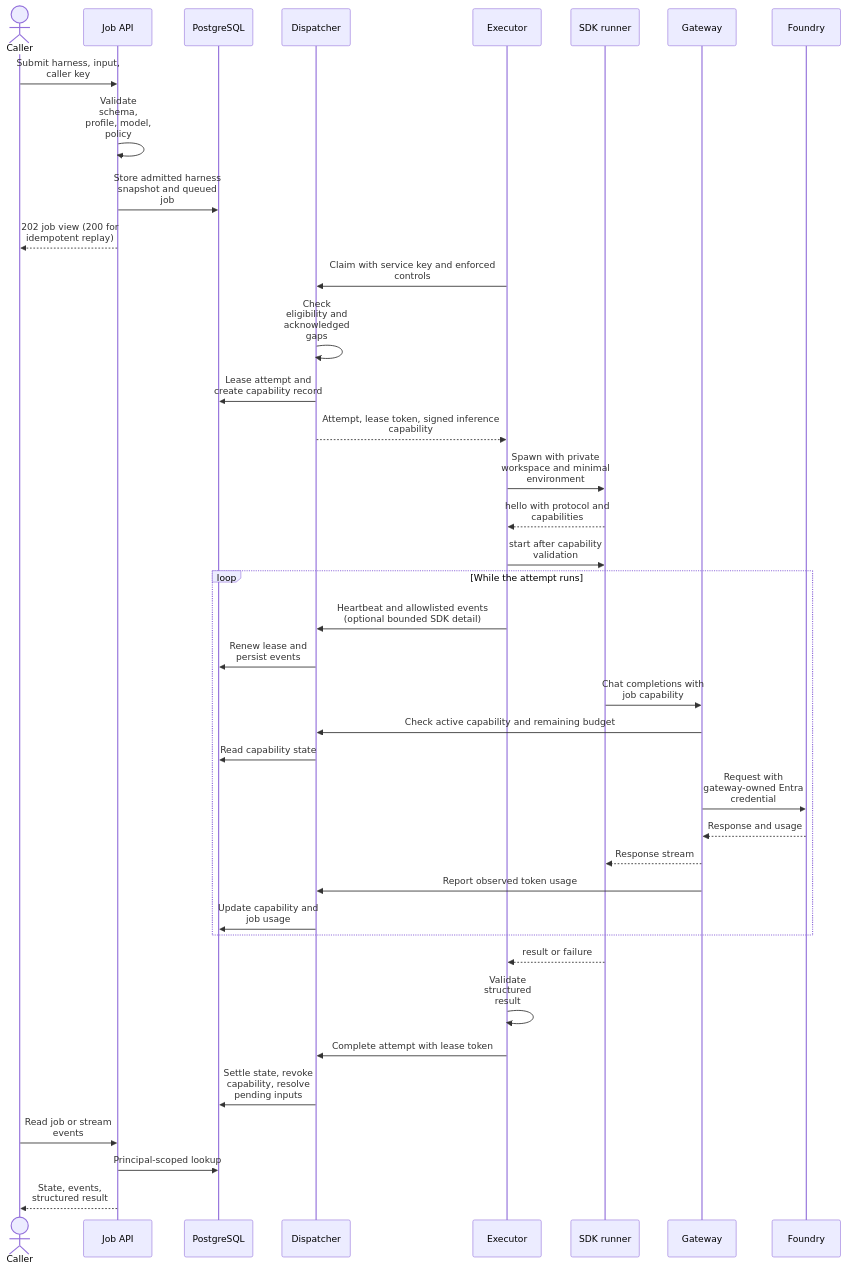
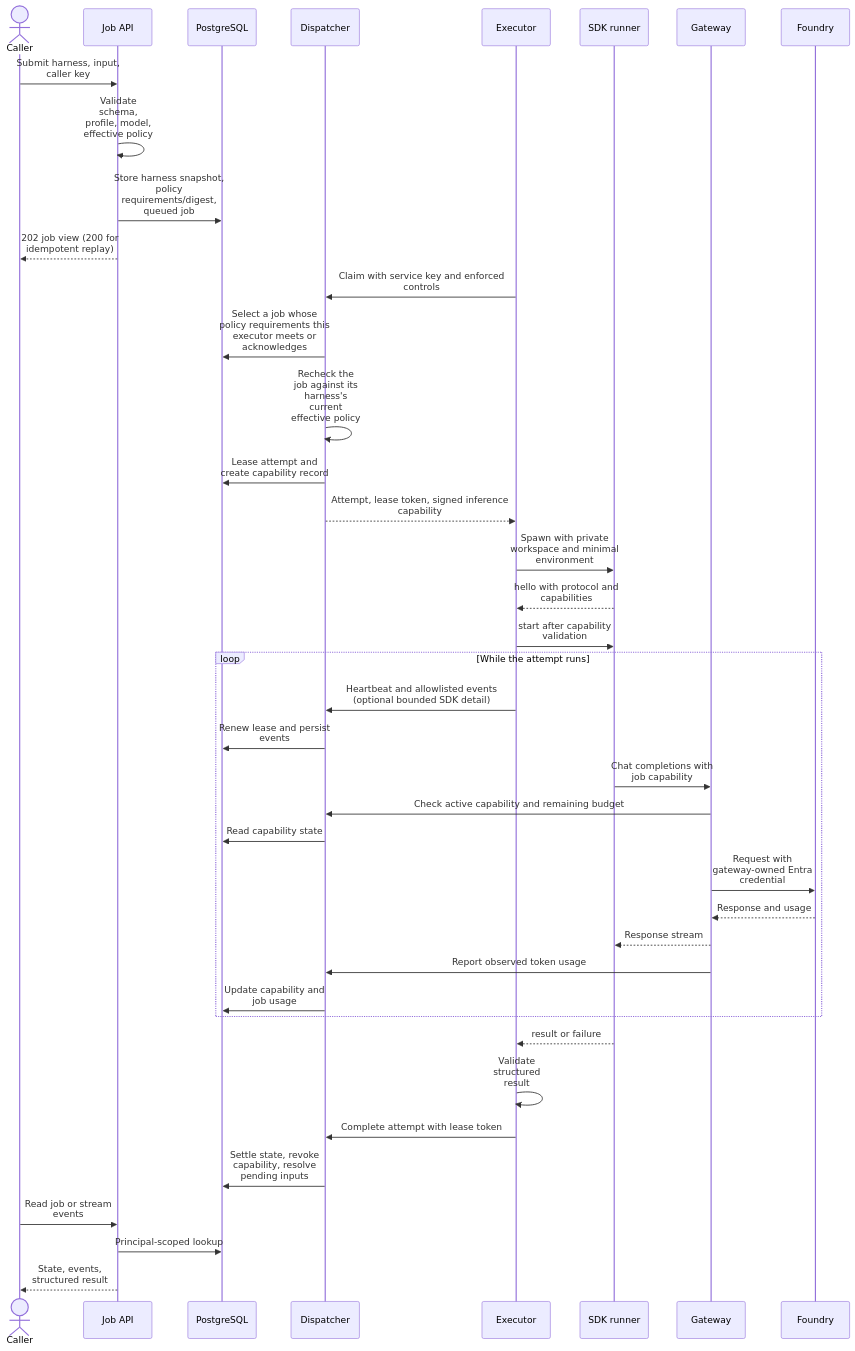
One commit to patniko/copilot-sdk-aspire changed the second of 5 diagrams in docs/ARCHITECTURE.md. Above: the diagram before and after it, drawn with Mermaid. The commit also changed other lines of this file and 62 other files, not shown here.

First line of the commit message:
Add harness policy controls and GitHub sign-in

````diff
--- a/docs/ARCHITECTURE.md
+++ b/docs/ARCHITECTURE.md
@@ -123,47 +123,48 @@
 ```mermaid
 ---
 config:
     sequence:
         wrap: true
         width: 120
 ---
 sequenceDiagram
     actor Caller
     participant API as Job API
     participant DB as PostgreSQL
     participant D as Dispatcher
     participant E as Executor
     participant R as SDK runner
     participant G as Gateway
     participant F as Foundry
     Caller->>API: Submit harness, input, caller key
-    API->>API: Validate schema, profile, model, policy
-    API->>DB: Store admitted harness snapshot and queued job
+    API->>API: Validate schema, profile, model, effective policy
+    API->>DB: Store harness snapshot, policy requirements/digest, queued job
     API-->>Caller: 202 job view (200 for idempotent replay)
     E->>D: Claim with service key and enforced controls
-    D->>D: Check eligibility and acknowledged gaps
+    D->>DB: Select a job whose policy requirements this executor meets or acknowledges
+    D->>D: Recheck the job against its harness's current effective policy
     D->>DB: Lease attempt and create capability record
     D-->>E: Attempt, lease token, signed inference capability
     E->>R: Spawn with private workspace and minimal environment
     R-->>E: hello with protocol and capabilities
     E->>R: start after capability validation
     loop While the attempt runs
         E->>D: Heartbeat and allowlisted events<br/>(optional bounded SDK detail)
         D->>DB: Renew lease and persist events
         R->>G: Chat completions with job capability
         G->>D: Check active capability and remaining budget
         D->>DB: Read capability state
         G->>F: Request with gateway-owned Entra credential
         F-->>G: Response and usage
         G-->>R: Response stream
         G->>D: Report observed token usage
         D->>DB: Update capability and job usage
     end
     R-->>E: result or failure
     E->>E: Validate structured result
     E->>D: Complete attempt with lease token
     D->>DB: Settle state, revoke capability, resolve pending inputs
     Caller->>API: Read job or stream events
     API->>DB: Principal-scoped lookup
     API-->>Caller: State, events, structured result
 ```
````
